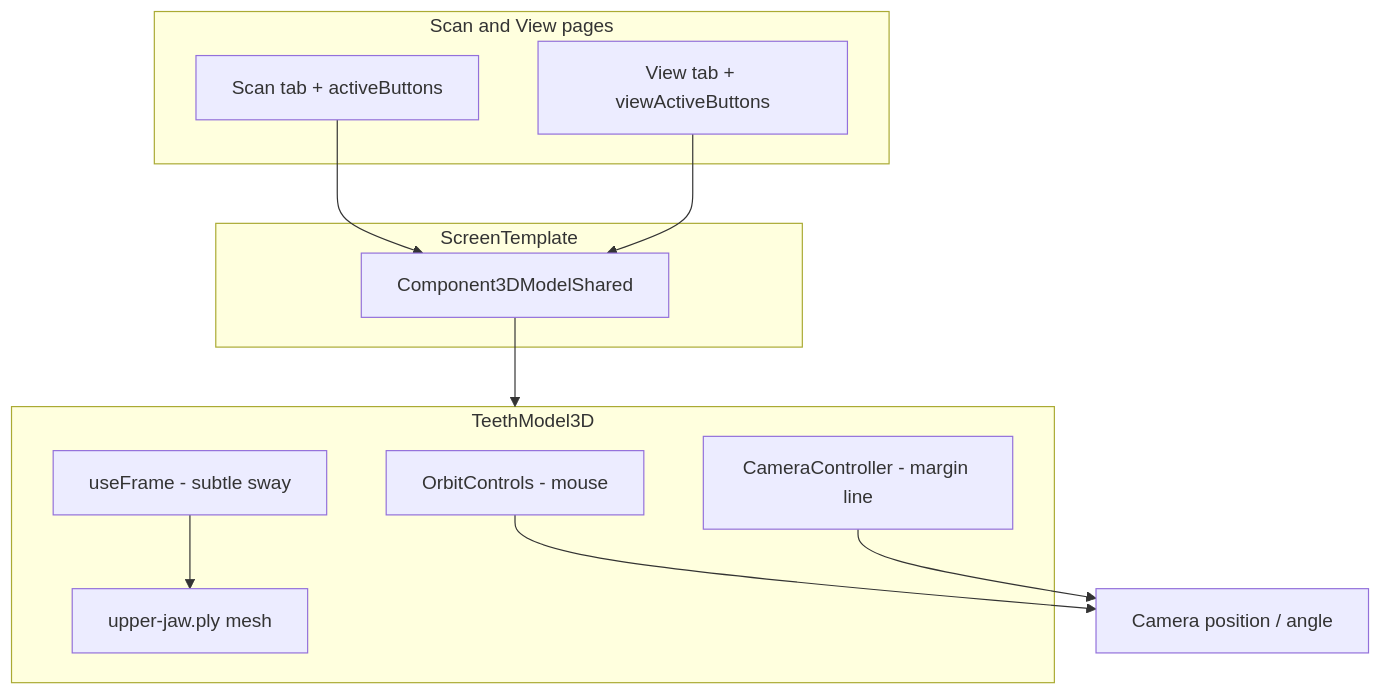
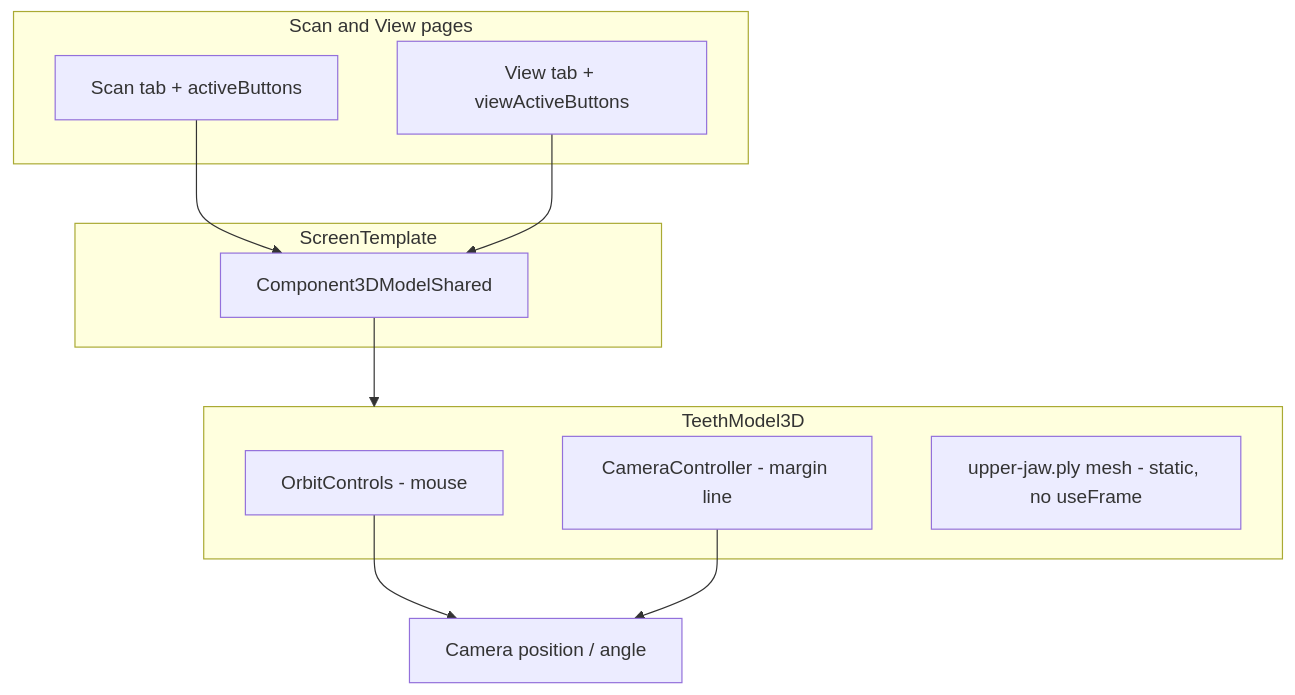
One commit to lior25659567/new-toolbar-position-user-testing changed the diagram in docs/3D-MOVEMENT-GUIDE.md. Above: the diagram before and after it, drawn with Mermaid. The commit also changed other lines of this file and 11 other files, not shown here.

First line of the commit message:
Swap upper/lower jaw 3D models; pin rollup; harden dev port

````diff
--- a/docs/3D-MOVEMENT-GUIDE.md
+++ b/docs/3D-MOVEMENT-GUIDE.md
@@ -301,25 +304,23 @@
 ```mermaid
 flowchart TB
   subgraph pages [Scan and View pages]
     Scan[Scan tab + activeButtons]
     View[View tab + viewActiveButtons]
   end
 
   subgraph wiring [ScreenTemplate]
     Shared[Component3DModelShared]
   end
 
   subgraph three [TeethModel3D]
     OC[OrbitControls - mouse]
     CC[CameraController - margin line]
-    Sway[useFrame - subtle sway]
-    PLY[upper-jaw.ply mesh]
+    PLY[upper-jaw.ply mesh - static, no useFrame]
   end
 
   Scan --> Shared
   View --> Shared
   Shared --> three
   OC --> Camera[Camera position / angle]
   CC --> Camera
-  Sway --> PLY
 ```
````
